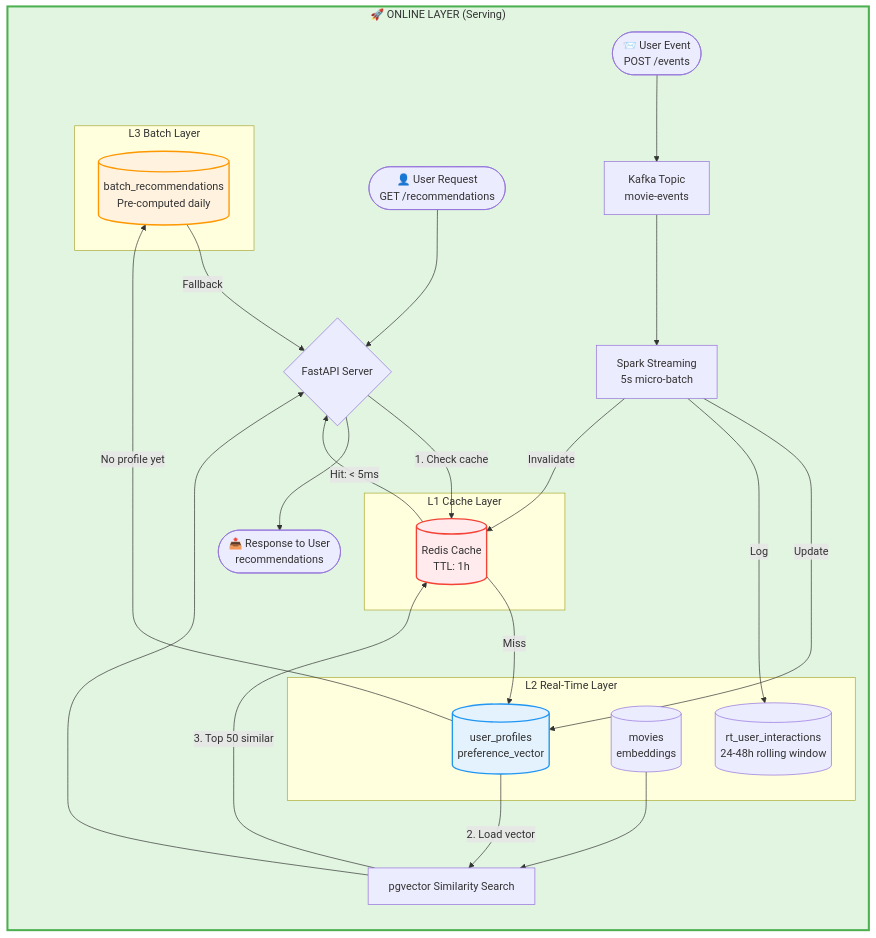
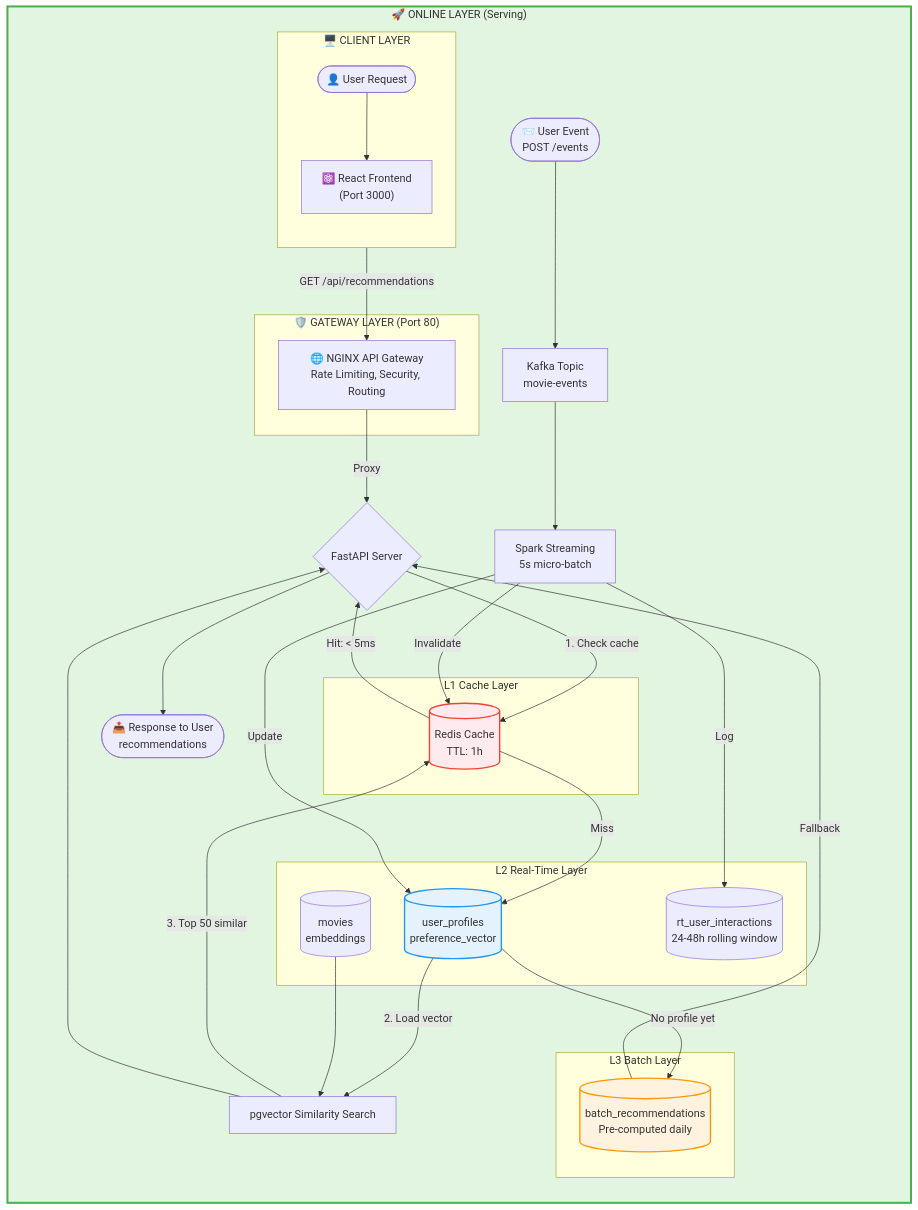
The diagram in mermaid/2_online_layer.md (ngotrieulong/Realtime-Recommendation-system), drawn with Mermaid before and after one commit. The commit also changed 4 other files, not shown here.

Commit message:
docs: update all mermaid diagrams with new architecture

````diff
--- a/mermaid/2_online_layer.md
+++ b/mermaid/2_online_layer.md
@@ -1,52 +1,64 @@
 ```mermaid
 flowchart TB
     %% =============================================
     %% ONLINE LAYER - Real-Time Serving
     %% =============================================
     
     subgraph ONLINE["🚀 ONLINE LAYER (Serving)"]
         direction TB
         
         subgraph L1["L1 Cache Layer"]
             Redis[(Redis Cache<br/>TTL: 1h)]
         end
         
         subgraph L2["L2 Real-Time Layer"]
             UserProfile[(user_profiles<br/>preference_vector)]
             Movies[(movies<br/>embeddings)]
             RTInteractions[(rt_user_interactions<br/>24-48h rolling window)]
         end
         
         subgraph L3["L3 Batch Layer"]
             BatchRecs[(batch_recommendations<br/>Pre-computed daily)]
         end
         
-        User([👤 User Request<br/>GET /recommendations]) --> FastAPI{FastAPI Server}
+        subgraph CLIENT["🖥️ CLIENT LAYER"]
+            direction TB
+            User([👤 User Request])
+            React["⚛️ React Frontend<br/>(Port 3000)"]
+        end
+
+        subgraph GATEWAY["🛡️ GATEWAY LAYER (Port 80)"]
+            Nginx["🌐 NGINX API Gateway<br/>Rate Limiting, Security, Routing"]
+        end
+
+        User --> React
+        React -->|GET /api/recommendations| Nginx
+        Nginx -->|Proxy| FastAPI{FastAPI Server}
         
         FastAPI -->|1. Check cache| Redis
         Redis -->|Hit: < 5ms| FastAPI
         Redis -->|Miss| UserProfile
         
         UserProfile -->|2. Load vector| VectorSearch[pgvector Similarity Search]
         Movies --> VectorSearch
         VectorSearch -->|3. Top 50 similar| Redis
         VectorSearch --> FastAPI
         
         UserProfile -->|No profile yet| BatchRecs
         BatchRecs -->|Fallback| FastAPI
         
         FastAPI --> Response([📤 Response to User<br/>recommendations])
         
         %% Real-time updates
         UserEvent([📨 User Event<br/>POST /events]) --> Kafka[Kafka Topic<br/>movie-events]
         Kafka --> SparkStream[Spark Streaming<br/>5s micro-batch]
         SparkStream -->|Update| UserProfile
         SparkStream -->|Log| RTInteractions
         SparkStream -->|Invalidate| Redis
     end
     
     style ONLINE fill:#e1f5e1,stroke:#4caf50,stroke-width:3px
     style Redis fill:#ffebee,stroke:#f44336,stroke-width:2px
     style UserProfile fill:#e3f2fd,stroke:#2196f3,stroke-width:2px
     style BatchRecs fill:#fff3e0,stroke:#ff9800,stroke-width:2px
 ```
````
